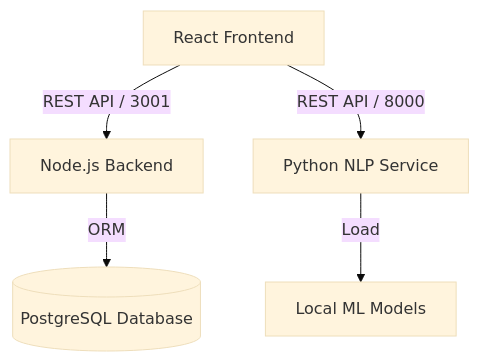
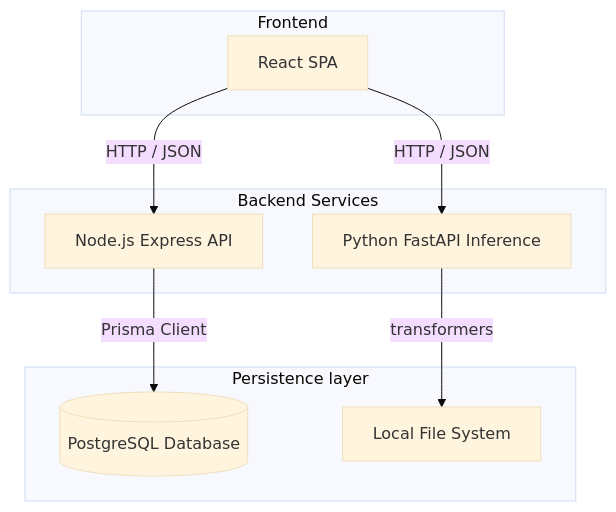
The first of 4 diagrams in SOFTWARE_ENGINEERING.md (trungka982004/Subtitlesmanagementsystem), drawn with Mermaid (base theme) before and after one commit. The commit also changed other lines of this file and 1 other file, not shown here.

````diff
--- a/SOFTWARE_ENGINEERING.md
+++ b/SOFTWARE_ENGINEERING.md
@@ -15,8 +22,22 @@
 ```mermaid
 graph TD
-    Client[React Frontend] -->|REST API / 3001| Node[Node.js Backend]
-    Client -->|REST API / 8000| Python[Python NLP Service]
+    subgraph Frontend
+        SPA[React SPA]
+    end
+
+    subgraph Backend Services
+        NodeAPI[Node.js Express API]
+        PythonAPI[Python FastAPI Inference]
+    end
+
+    subgraph Persistence layer
+        PG[(PostgreSQL Database)]
+        LocalStorage[Local File System]
+    end
+
+    SPA -->|HTTP / JSON| NodeAPI
+    SPA -->|HTTP / JSON| PythonAPI
     
-    Node -->|ORM| DB[(PostgreSQL Database)]
-    Python -->|Load| Models[Local ML Models]
+    NodeAPI -->|Prisma Client| PG
+    PythonAPI -->|transformers| LocalStorage
 ```
````
